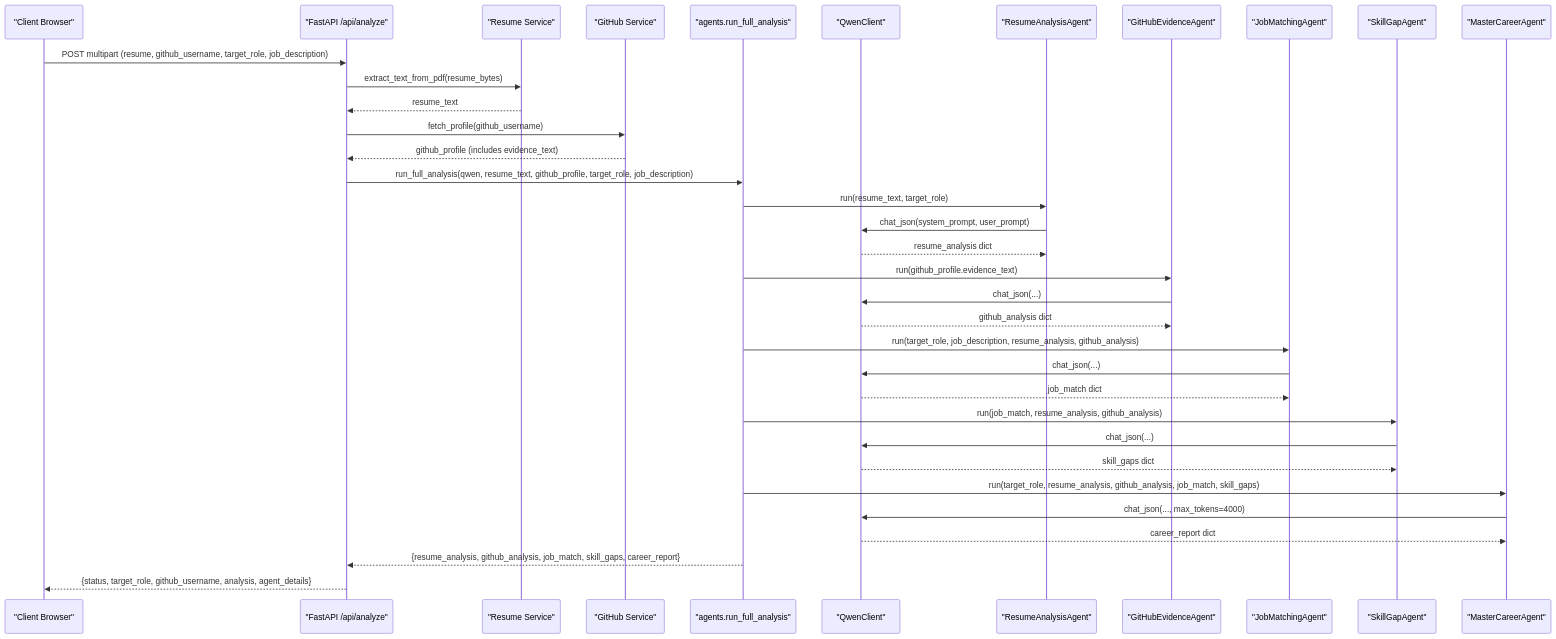
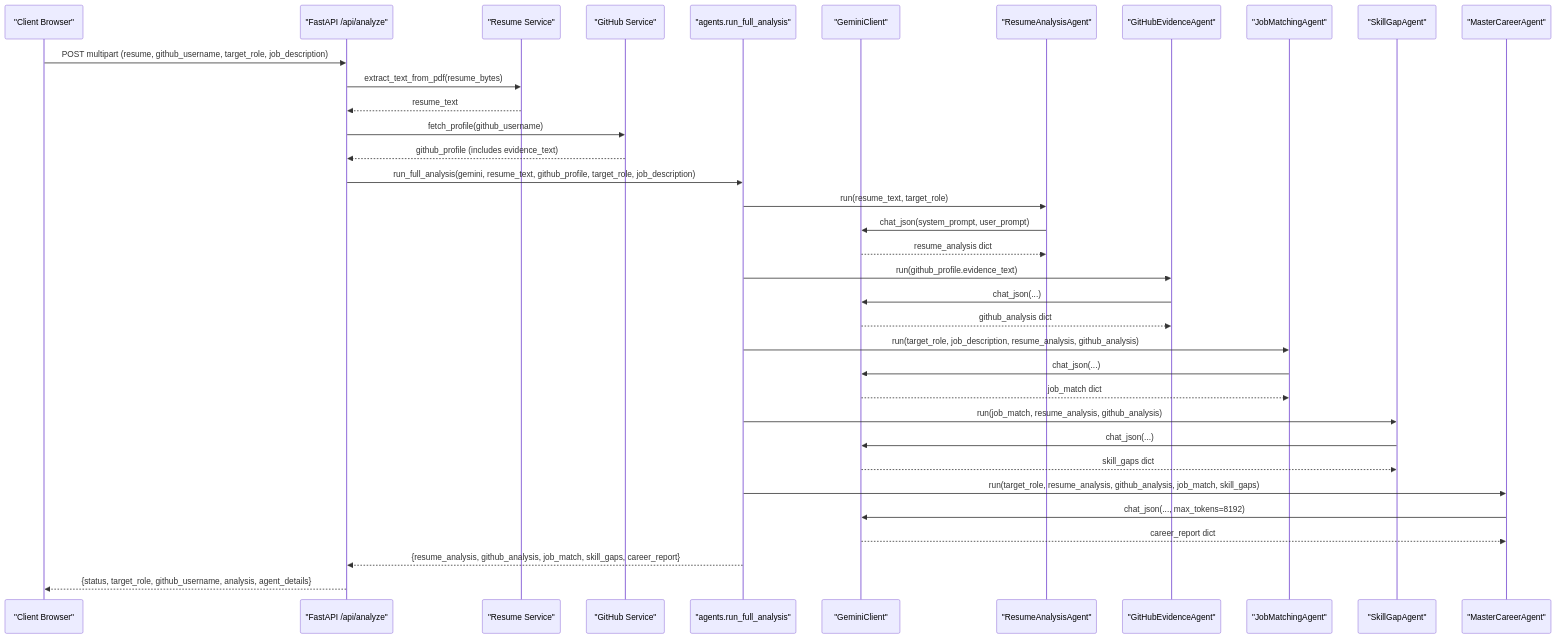
Before and after one commit to waqarimran342/CareerOS-AI: the second of 4 diagrams in .qoder/repowiki/en/content/System Architecture/System Architecture.md, drawn with Mermaid. The commit also changed other lines of this file and 32 other files, not shown here.

````diff
--- a/.qoder/repowiki/en/content/System Architecture/System Architecture.md
+++ b/.qoder/repowiki/en/content/System Architecture/System Architecture.md
@@ -120,37 +129,37 @@
 ```mermaid
 sequenceDiagram
 participant Client as "Client Browser"
 participant API as "FastAPI /api/analyze"
 participant ResSvc as "Resume Service"
 participant GH as "GitHub Service"
 participant Orchestrator as "agents.run_full_analysis"
-participant Q as "QwenClient"
+participant G as "GeminiClient"
 participant A1 as "ResumeAnalysisAgent"
 participant A2 as "GitHubEvidenceAgent"
 participant A3 as "JobMatchingAgent"
 participant A4 as "SkillGapAgent"
 participant A5 as "MasterCareerAgent"
 Client->>API : POST multipart (resume, github_username, target_role, job_description)
 API->>ResSvc : extract_text_from_pdf(resume_bytes)
 ResSvc-->>API : resume_text
 API->>GH : fetch_profile(github_username)
 GH-->>API : github_profile (includes evidence_text)
-API->>Orchestrator : run_full_analysis(qwen, resume_text, github_profile, target_role, job_description)
+API->>Orchestrator : run_full_analysis(gemini, resume_text, github_profile, target_role, job_description)
 Orchestrator->>A1 : run(resume_text, target_role)
-A1->>Q : chat_json(system_prompt, user_prompt)
-Q-->>A1 : resume_analysis dict
+A1->>G : chat_json(system_prompt, user_prompt)
+G-->>A1 : resume_analysis dict
 Orchestrator->>A2 : run(github_profile.evidence_text)
-A2->>Q : chat_json(...)
-Q-->>A2 : github_analysis dict
+A2->>G : chat_json(...)
+G-->>A2 : github_analysis dict
 Orchestrator->>A3 : run(target_role, job_description, resume_analysis, github_analysis)
-A3->>Q : chat_json(...)
-Q-->>A3 : job_match dict
+A3->>G : chat_json(...)
+G-->>A3 : job_match dict
 Orchestrator->>A4 : run(job_match, resume_analysis, github_analysis)
-A4->>Q : chat_json(...)
-Q-->>A4 : skill_gaps dict
+A4->>G : chat_json(...)
+G-->>A4 : skill_gaps dict
 Orchestrator->>A5 : run(target_role, resume_analysis, github_analysis, job_match, skill_gaps)
-A5->>Q : chat_json(..., max_tokens=4000)
-Q-->>A5 : career_report dict
+A5->>G : chat_json(..., max_tokens=8192)
+G-->>A5 : career_report dict
 Orchestrator-->>API : {resume_analysis, github_analysis, job_match, skill_gaps, career_report}
 API-->>Client : {status, target_role, github_username, analysis, agent_details}
 ```
````
